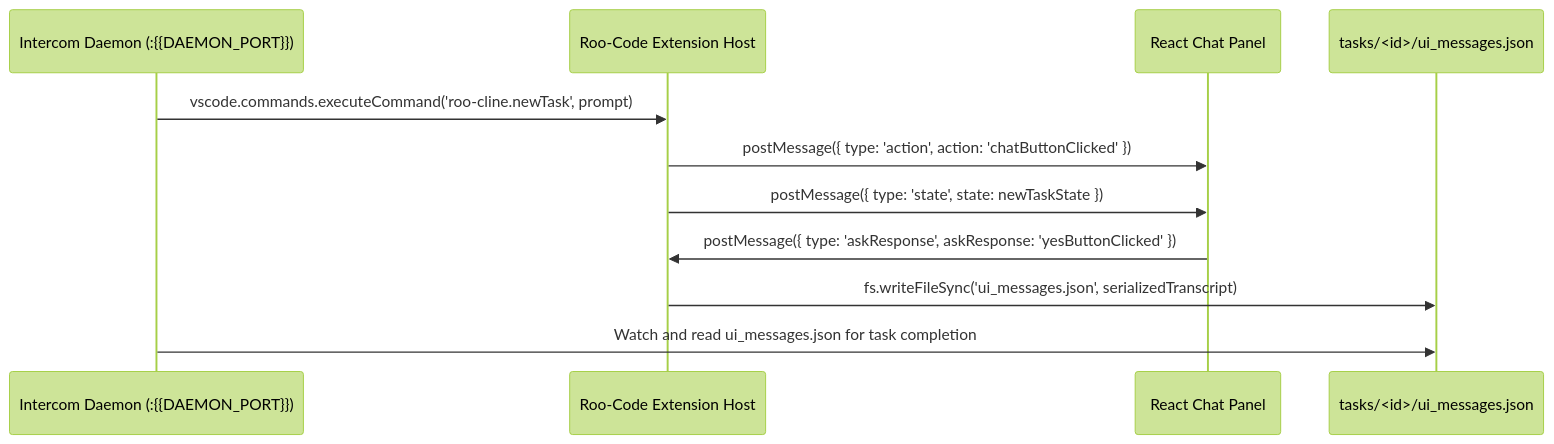
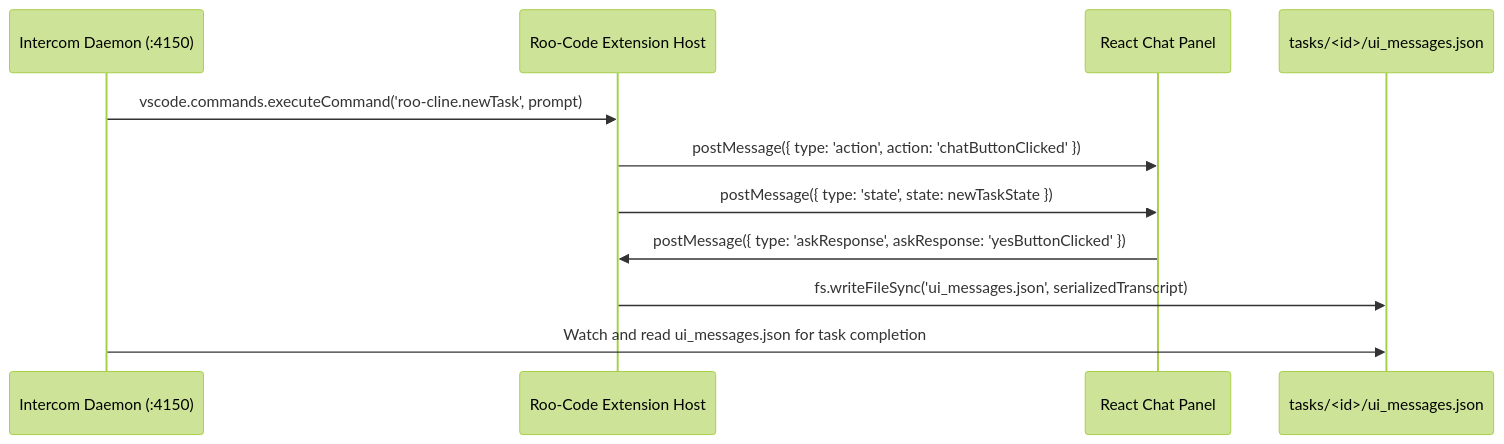
Before and after one commit to Suran123s/intercom-global: the first of 2 diagrams in docs/REAL_WORLD_EXAMPLES.md, drawn with Mermaid (forest theme). The commit also changed other lines of this file and 3 other files, not shown here.

Commit message:
docs: hydrate architecture, guide, deployment, and examples docs

````diff
--- a/docs/REAL_WORLD_EXAMPLES.md
+++ b/docs/REAL_WORLD_EXAMPLES.md
@@ -63,14 +63,14 @@
 ```mermaid
 sequenceDiagram
-    participant Intercom as Intercom Daemon (:{{DAEMON_PORT}})
+    participant Intercom as Intercom Daemon (:4150)
     participant Extension as Roo-Code Extension Host
     participant Webview as React Chat Panel
     participant Disk as tasks/<id>/ui_messages.json
 
     Intercom->>Extension: vscode.commands.executeCommand('roo-cline.newTask', prompt)
     Extension->>Webview: postMessage({ type: 'action', action: 'chatButtonClicked' })
     Extension->>Webview: postMessage({ type: 'state', state: newTaskState })
     Webview->>Extension: postMessage({ type: 'askResponse', askResponse: 'yesButtonClicked' })
     Extension->>Disk: fs.writeFileSync('ui_messages.json', serializedTranscript)
     Intercom->>Disk: Watch and read ui_messages.json for task completion
 ```
````
